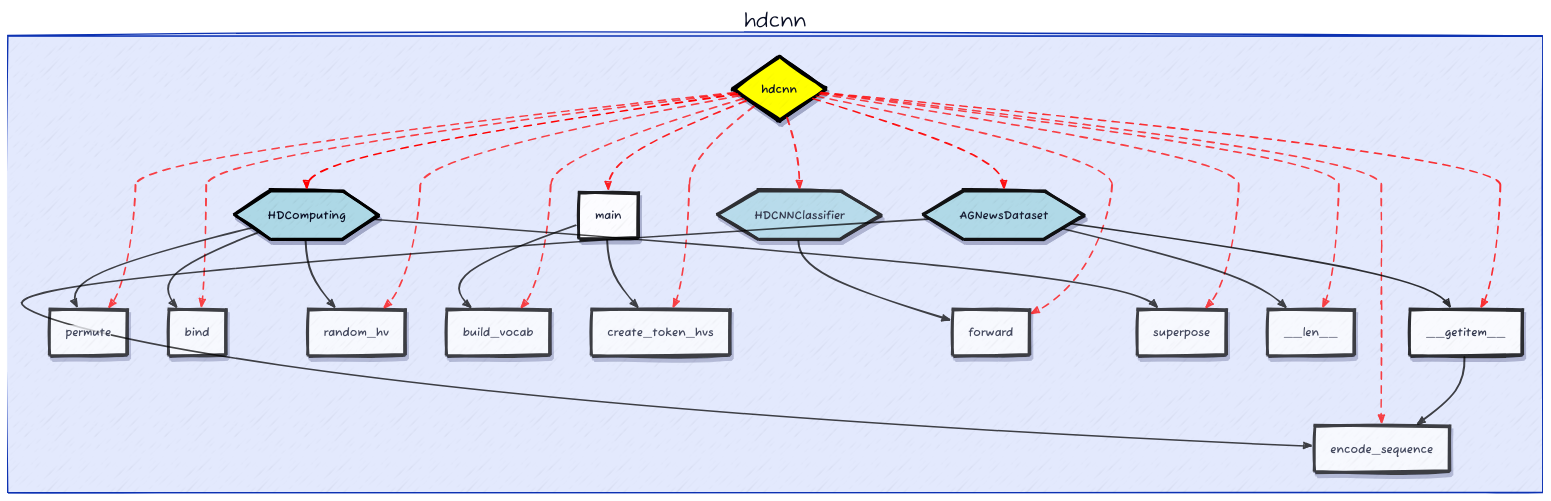
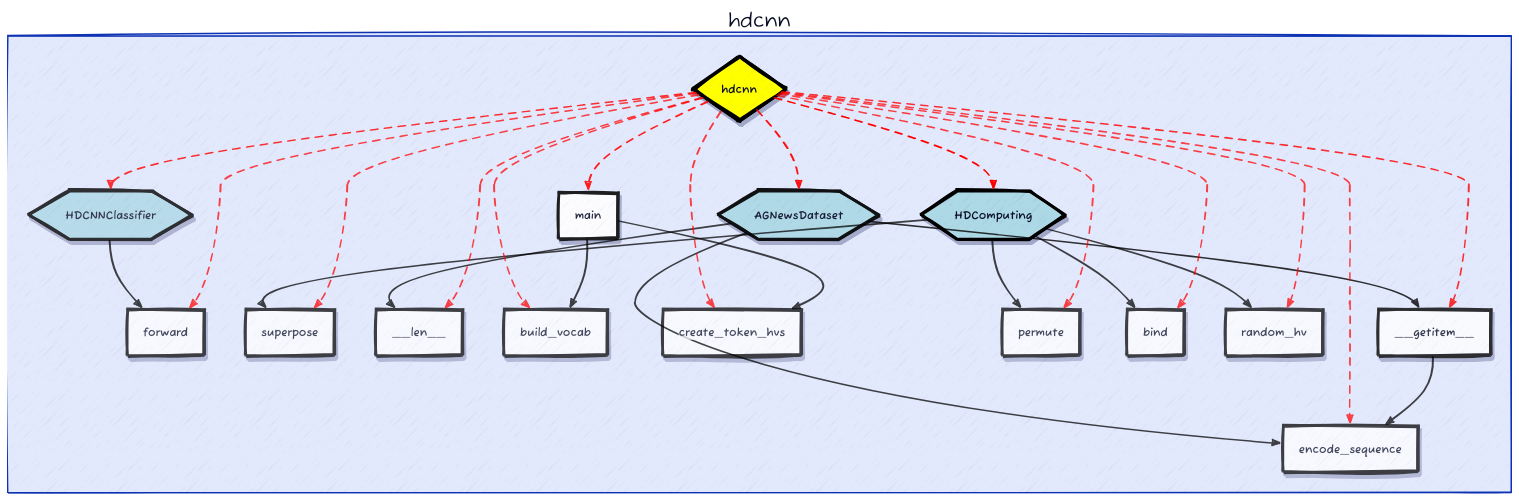
One commit to fangyuan-ksgk/heuristic-search changed the diagram in eoh/d2_output/dag.d2. Above: the diagram before and after it, drawn with D2. The commit also changed other lines of this file and 8 other files, not shown here.

```diff
--- a/eoh/d2_output/dag.d2
+++ b/eoh/d2_output/dag.d2
@@ -35,6 +35,86 @@
     }
   }
 }
+hdcnn.HDCNNClassifier.class: class
+hdcnn.HDCNNClassifier.label: "HDCNNClassifier"
+hdcnn.HDCNNClassifier: {
+  style: {
+    opacity: 0.80
+    stroke: "black"
+    stroke-width: 4
+    shadow: true
+  }
+}
+hdcnn.forward.class: function
+hdcnn.forward.label: "forward"
+hdcnn.forward: {
+  style: {
+    opacity: 0.73
+    stroke: "black"
+    stroke-width: 4
+    shadow: true
+  }
+}
+hdcnn.HDComputing.class: class
+hdcnn.HDComputing.label: "HDComputing"
+hdcnn.HDComputing: {
+  style: {
+    opacity: 1.00
+    stroke: "black"
+    stroke-width: 4
+    shadow: true
+  }
+}
+hdcnn.superpose.class: function
+hdcnn.superpose.label: "superpose"
+hdcnn.superpose: {
+  style: {
+    opacity: 0.73
+    stroke: "black"
+    stroke-width: 4
+    shadow: true
+  }
+}
+hdcnn.__len__.class: function
+hdcnn.__len__.label: "__len__"
+hdcnn.__len__: {
+  style: {
+    opacity: 0.73
+    stroke: "black"
+    stroke-width: 4
+    shadow: true
+  }
+}
+hdcnn.build_vocab.class: function
+hdcnn.build_vocab.label: "build_vocab"
+hdcnn.build_vocab: {
+  style: {
+    opacity: 0.73
+    stroke: "black"
+    stroke-width: 4
+    shadow: true
+  }
+}
+hdcnn.AGNewsDataset.class: class
+hdcnn.AGNewsDataset.label: "AGNewsDataset"
+hdcnn.AGNewsDataset: {
+  style: {
+    opacity: 0.93
+    stroke: "black"
+    stroke-width: 4
+    shadow: true
+  }
+}
+hdcnn.hdcnn.class: file
+hdcnn.hdcnn.label: "hdcnn"
+hdcnn.hdcnn: {
+  style: {
+    opacity: 1.00
+    stroke: "black"
+    stroke-width: 4
+    shadow: true
+  }
+}
 hdcnn.__getitem__.class: function
 hdcnn.__getitem__.label: "__getitem__"
 hdcnn.__getitem__: {
@@ -45,9 +125,9 @@
     shadow: true
   }
 }
-hdcnn.encode_sequence.class: function
-hdcnn.encode_sequence.label: "encode_sequence"
-hdcnn.encode_sequence: {
+hdcnn.create_token_hvs.class: function
+hdcnn.create_token_hvs.label: "create_token_hvs"
+hdcnn.create_token_hvs: {
   style: {
     opacity: 0.73
     stroke: "black"
@@ -75,9 +155,9 @@
     shadow: true
   }
 }
-hdcnn.random_hv.class: function
-hdcnn.random_hv.label: "random_hv"
-hdcnn.random_hv: {
+hdcnn.encode_sequence.class: function
+hdcnn.encode_sequence.label: "encode_sequence"
+hdcnn.encode_sequence: {
   style: {
     opacity: 0.73
     stroke: "black"
@@ -85,39 +165,9 @@
     shadow: true
   }
 }
-hdcnn.hdcnn.class: file
-hdcnn.hdcnn.label: "hdcnn"
-hdcnn.hdcnn: {
-  style: {
-    opacity: 1.00
-    stroke: "black"
-    stroke-width: 4
-    shadow: true
-  }
-}
-hdcnn.build_vocab.class: function
-hdcnn.build_vocab.label: "build_vocab"
-hdcnn.build_vocab: {
-  style: {
-    opacity: 0.73
-    stroke: "black"
-    stroke-width: 4
-    shadow: true
-  }
-}
-hdcnn.HDComputing.class: class
-hdcnn.HDComputing.label: "HDComputing"
-hdcnn.HDComputing: {
-  style: {
-    opacity: 1.00
-    stroke: "black"
-    stroke-width: 4
-    shadow: true
-  }
-}
-hdcnn.create_token_hvs.class: function
-hdcnn.create_token_hvs.label: "create_token_hvs"
-hdcnn.create_token_hvs: {
+hdcnn.random_hv.class: function
+hdcnn.random_hv.label: "random_hv"
+hdcnn.random_hv: {
   style: {
     opacity: 0.73
     stroke: "black"
@@ -135,60 +185,94 @@
     shadow: true
   }
 }
-hdcnn.AGNewsDataset.class: class
-hdcnn.AGNewsDataset.label: "AGNewsDataset"
-hdcnn.AGNewsDataset: {
-  style: {
-    opacity: 0.93
-    stroke: "black"
-    stroke-width: 4
-    shadow: true
-  }
-}
-hdcnn.forward.class: function
-hdcnn.forward.label: "forward"
-hdcnn.forward: {
-  style: {
-    opacity: 0.73
-    stroke: "black"
-    stroke-width: 4
-    shadow: true
-  }
-}
-hdcnn.superpose.class: function
-hdcnn.superpose.label: "superpose"
-hdcnn.superpose: {
-  style: {
-    opacity: 0.73
-    stroke: "black"
-    stroke-width: 4
-    shadow: true
-  }
-}
-hdcnn.HDCNNClassifier.class: class
-hdcnn.HDCNNClassifier.label: "HDCNNClassifier"
-hdcnn.HDCNNClassifier: {
-  style: {
-    opacity: 0.80
-    stroke: "black"
-    stroke-width: 4
-    shadow: true
-  }
-}
-hdcnn.__len__.class: function
-hdcnn.__len__.label: "__len__"
-hdcnn.__len__: {
-  style: {
-    opacity: 0.73
-    stroke: "black"
-    stroke-width: 4
-    shadow: true
-  }
-}
-hdcnn.__getitem__ -> hdcnn.encode_sequence: {
+hdcnn.HDCNNClassifier -> hdcnn.forward: {
   style.stroke: black
   style.opacity: 0.73
   style.stroke-width: 2
+}
+hdcnn.HDComputing -> hdcnn.superpose: {
+  style.stroke: black
+  style.opacity: 0.73
+  style.stroke-width: 2
+}
+hdcnn.HDComputing -> hdcnn.random_hv: {
+  style.stroke: black
+  style.opacity: 0.73
+  style.stroke-width: 2
+}
+hdcnn.HDComputing -> hdcnn.permute: {
+  style.stroke: black
+  style.opacity: 0.73
+  style.stroke-width: 2
+}
+hdcnn.HDComputing -> hdcnn.bind: {
+  style.stroke: black
+  style.opacity: 0.73
+  style.stroke-width: 2
+}
+hdcnn.AGNewsDataset -> hdcnn.__getitem__: {
+  style.stroke: black
+  style.opacity: 0.80
+  style.stroke-width: 2
+}
+hdcnn.AGNewsDataset -> hdcnn.encode_sequence: {
+  style.stroke: black
+  style.opacity: 0.73
+  style.stroke-width: 2
+}
+hdcnn.AGNewsDataset -> hdcnn.__len__: {
+  style.stroke: black
+  style.opacity: 0.73
+  style.stroke-width: 2
+}
+hdcnn.hdcnn -> hdcnn.HDCNNClassifier: {
+  style.stroke: red
+  style.opacity: 0.80
+  style.stroke-width: 2
+  style.stroke-dash: 5
+  style.animated: true
+}
+hdcnn.hdcnn -> hdcnn.forward: {
+  style.stroke: red
+  style.opacity: 0.73
+  style.stroke-width: 2
+  style.stroke-dash: 5
+  style.animated: true
+}
+hdcnn.hdcnn -> hdcnn.HDComputing: {
+  style.stroke: red
+  style.opacity: 1.00
+  style.stroke-width: 2
+  style.stroke-dash: 5
+  style.animated: true
+}
+hdcnn.hdcnn -> hdcnn.superpose: {
+  style.stroke: red
+  style.opacity: 0.73
+  style.stroke-width: 2
+  style.stroke-dash: 5
+  style.animated: true
+}
+hdcnn.hdcnn -> hdcnn.__len__: {
+  style.stroke: red
+  style.opacity: 0.73
+  style.stroke-width: 2
+  style.stroke-dash: 5
+  style.animated: true
+}
+hdcnn.hdcnn -> hdcnn.build_vocab: {
+  style.stroke: red
+  style.opacity: 0.73
+  style.stroke-width: 2
+  style.stroke-dash: 5
+  style.animated: true
+}
+hdcnn.hdcnn -> hdcnn.AGNewsDataset: {
+  style.stroke: red
+  style.opacity: 0.93
+  style.stroke-width: 2
+  style.stroke-dash: 5
+  style.animated: true
 }
 hdcnn.hdcnn -> hdcnn.__getitem__: {
   style.stroke: red
@@ -197,7 +281,7 @@
   style.stroke-dash: 5
   style.animated: true
 }
-hdcnn.hdcnn -> hdcnn.encode_sequence: {
+hdcnn.hdcnn -> hdcnn.create_token_hvs: {
   style.stroke: red
   style.opacity: 0.73
   style.stroke-width: 2
@@ -218,28 +302,14 @@
   style.stroke-dash: 5
   style.animated: true
 }
-hdcnn.hdcnn -> hdcnn.random_hv: {
+hdcnn.hdcnn -> hdcnn.encode_sequence: {
   style.stroke: red
   style.opacity: 0.73
   style.stroke-width: 2
   style.stroke-dash: 5
   style.animated: true
 }
-hdcnn.hdcnn -> hdcnn.build_vocab: {
-  style.stroke: red
-  style.opacity: 0.73
-  style.stroke-width: 2
-  style.stroke-dash: 5
-  style.animated: true
-}
-hdcnn.hdcnn -> hdcnn.HDComputing: {
-  style.stroke: red
-  style.opacity: 1.00
-  style.stroke-width: 2
-  style.stroke-dash: 5
-  style.animated: true
-}
-hdcnn.hdcnn -> hdcnn.create_token_hvs: {
+hdcnn.hdcnn -> hdcnn.random_hv: {
   style.stroke: red
   style.opacity: 0.73
   style.stroke-width: 2
@@ -253,57 +323,12 @@
   style.stroke-dash: 5
   style.animated: true
 }
-hdcnn.hdcnn -> hdcnn.AGNewsDataset: {
-  style.stroke: red
-  style.opacity: 0.93
-  style.stroke-width: 2
-  style.stroke-dash: 5
-  style.animated: true
-}
-hdcnn.hdcnn -> hdcnn.forward: {
-  style.stroke: red
-  style.opacity: 0.73
-  style.stroke-width: 2
-  style.stroke-dash: 5
-  style.animated: true
-}
-hdcnn.hdcnn -> hdcnn.superpose: {
-  style.stroke: red
-  style.opacity: 0.73
-  style.stroke-width: 2
-  style.stroke-dash: 5
-  style.animated: true
-}
-hdcnn.hdcnn -> hdcnn.HDCNNClassifier: {
-  style.stroke: red
-  style.opacity: 0.80
-  style.stroke-width: 2
-  style.stroke-dash: 5
-  style.animated: true
-}
-hdcnn.hdcnn -> hdcnn.__len__: {
-  style.stroke: red
-  style.opacity: 0.73
-  style.stroke-width: 2
-  style.stroke-dash: 5
-  style.animated: true
-}
-hdcnn.HDComputing -> hdcnn.superpose: {
+hdcnn.__getitem__ -> hdcnn.encode_sequence: {
   style.stroke: black
   style.opacity: 0.73
   style.stroke-width: 2
 }
-hdcnn.HDComputing -> hdcnn.permute: {
-  style.stroke: black
-  style.opacity: 0.73
-  style.stroke-width: 2
-}
-hdcnn.HDComputing -> hdcnn.bind: {
-  style.stroke: black
-  style.opacity: 0.73
-  style.stroke-width: 2
-}
-hdcnn.HDComputing -> hdcnn.random_hv: {
+hdcnn.main -> hdcnn.create_token_hvs: {
   style.stroke: black
   style.opacity: 0.73
   style.stroke-width: 2
@@ -313,28 +338,3 @@
   style.opacity: 0.73
   style.stroke-width: 2
 }
-hdcnn.main -> hdcnn.create_token_hvs: {
-  style.stroke: black
-  style.opacity: 0.73
-  style.stroke-width: 2
-}
-hdcnn.AGNewsDataset -> hdcnn.__getitem__: {
-  style.stroke: black
-  style.opacity: 0.80
-  style.stroke-width: 2
-}
-hdcnn.AGNewsDataset -> hdcnn.encode_sequence: {
-  style.stroke: black
-  style.opacity: 0.73
-  style.stroke-width: 2
-}
-hdcnn.AGNewsDataset -> hdcnn.__len__: {
-  style.stroke: black
-  style.opacity: 0.73
-  style.stroke-width: 2
-}
-hdcnn.HDCNNClassifier -> hdcnn.forward: {
-  style.stroke: black
-  style.opacity: 0.73
-  style.stroke-width: 2
-}
```
